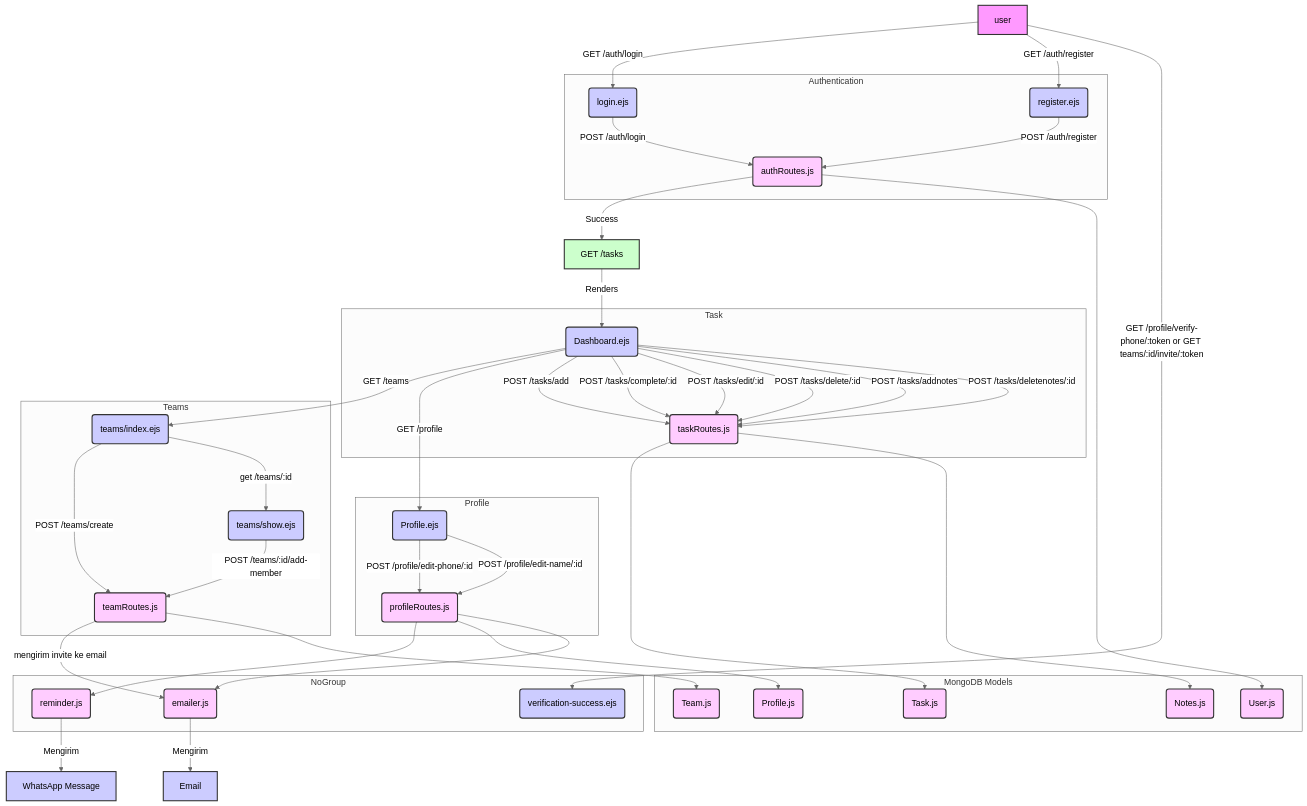
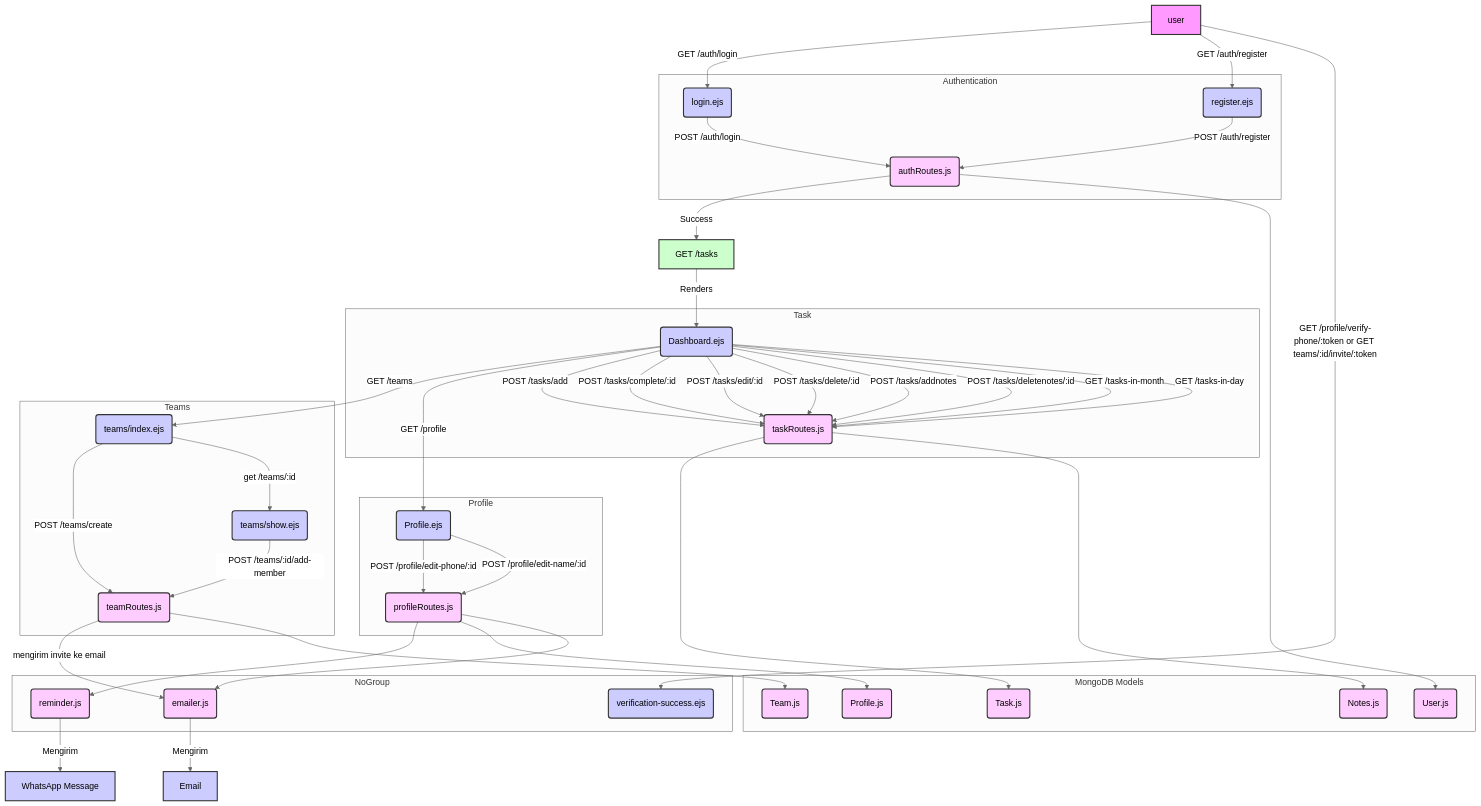
Before and after one commit to Staryuu1/Task-Tracker: the diagram in flowchart.mmd, drawn with Mermaid (neutral theme). The commit also changed 2 other files, not shown here.

Commit message:
Add calendar functionality to display tasks by day and month

```diff
--- a/flowchart.mmd
+++ b/flowchart.mmd
@@ -1,84 +1,86 @@
 ---
 config:
   layout: fixed
 ---
 flowchart TD
  subgraph Authentication["Authentication"]
         loginPage("login.ejs")
         registerPage("register.ejs")
         authRoutes("authRoutes.js")
   end
  subgraph Profile["Profile"]
         profilePage("Profile.ejs")
         profileRoutes("profileRoutes.js")
   end
  subgraph Task["Task"]
         dashboardPage("Dashboard.ejs")
         taskRoutes("taskRoutes.js")
   end
  subgraph Teams["Teams"]
         teamsIndexPage("teams/index.ejs")
         teamsShowPage("teams/show.ejs")
         teamRoutes("teamRoutes.js")
   end
  subgraph Database["MongoDB Models"]
         userModel("User.js")
         profileModel("Profile.js")
         taskModel("Task.js")
         teamModel("Team.js")
         notesModel("Notes.js")
   end
  subgraph noGroup["NoGroup"]
         verificationSuccessPage("verification-success.ejs")
         reminderService("reminder.js")
         emailService("emailer.js")
   end
     dashboardPage -- GET /teams --> teamsIndexPage
     userEntity["user"] -- GET /auth/login --> loginPage
     userEntity -- GET /auth/register --> registerPage
     loginPage -- POST /auth/login --> authRoutes
     registerPage -- POST /auth/register --> authRoutes
     authRoutes -- Success --> redirectTasks["GET /tasks"]
     redirectTasks -- Renders --> dashboardPage
     dashboardPage -- GET /profile --> profilePage
     profilePage -- "POST /profile/edit-phone/:id" --> profileRoutes
     profilePage -- "POST /profile/edit-name/:id" --> profileRoutes
     userEntity -- "GET /profile/verify-phone/:token or GET teams/:id/invite/:token" --> verificationSuccessPage
     profileRoutes --> reminderService & profileModel & emailService
     reminderService -- Mengirim --> whatsAppMessage["WhatsApp Message"]
     emailService -- Mengirim --> emailMessage["Email"]
     dashboardPage -- POST /tasks/add --> taskRoutes
     dashboardPage -- POST /tasks/complete/:id --> taskRoutes
     dashboardPage -- POST /tasks/edit/:id --> taskRoutes
     dashboardPage -- POST /tasks/delete/:id --> taskRoutes
     dashboardPage -- POST /tasks/addnotes --> taskRoutes
     dashboardPage -- POST /tasks/deletenotes/:id --> taskRoutes
+    dashboardPage -- GET /tasks-in-month --> taskRoutes
+    dashboardPage -- GET /tasks-in-day --> taskRoutes
     authRoutes --> userModel
     taskRoutes --> taskModel & notesModel
     teamsIndexPage -- POST /teams/create --> teamRoutes
     teamsIndexPage -- get /teams/:id --> teamsShowPage
     teamsShowPage -- "POST /teams/:id/add-member" --> teamRoutes
     teamRoutes -- mengirim invite ke email --> emailService
     teamRoutes --> teamModel
     style loginPage fill:#ccf,stroke:#333,stroke-width:2px
     style registerPage fill:#ccf,stroke:#333,stroke-width:2px
     style authRoutes fill:#fcf,stroke:#333,stroke-width:2px
     style profilePage fill:#ccf,stroke:#333,stroke-width:2px
     style profileRoutes fill:#fcf,stroke:#333,stroke-width:2px
     style dashboardPage fill:#ccf,stroke:#333,stroke-width:2px
     style taskRoutes fill:#fcf,stroke:#333,stroke-width:2px
     style teamsIndexPage fill:#ccf,stroke:#333,stroke-width:2px
     style teamsShowPage fill:#ccf,stroke:#333,stroke-width:2px
     style teamRoutes fill:#fcf,stroke:#333,stroke-width:2px
     style userModel fill:#fcf,stroke:#333,stroke-width:2px
     style profileModel fill:#fcf,stroke:#333,stroke-width:2px
     style taskModel fill:#fcf,stroke:#333,stroke-width:2px
     style teamModel fill:#fcf,stroke:#333,stroke-width:2px
     style notesModel fill:#fcf,stroke:#333,stroke-width:2px
     style verificationSuccessPage fill:#ccf,stroke:#333,stroke-width:2px
     style reminderService fill:#fcf,stroke:#333,stroke-width:2px
     style emailService fill:#fcf,stroke:#333,stroke-width:2px
     style userEntity fill:#f9f,stroke:#333,stroke-width:2px
     style redirectTasks fill:#cfc,stroke:#333,stroke-width:2px
     style whatsAppMessage fill:#ccf,stroke:#333,stroke-width:2px
     style emailMessage fill:#ccf,stroke:#333,stroke-width:2px
```
